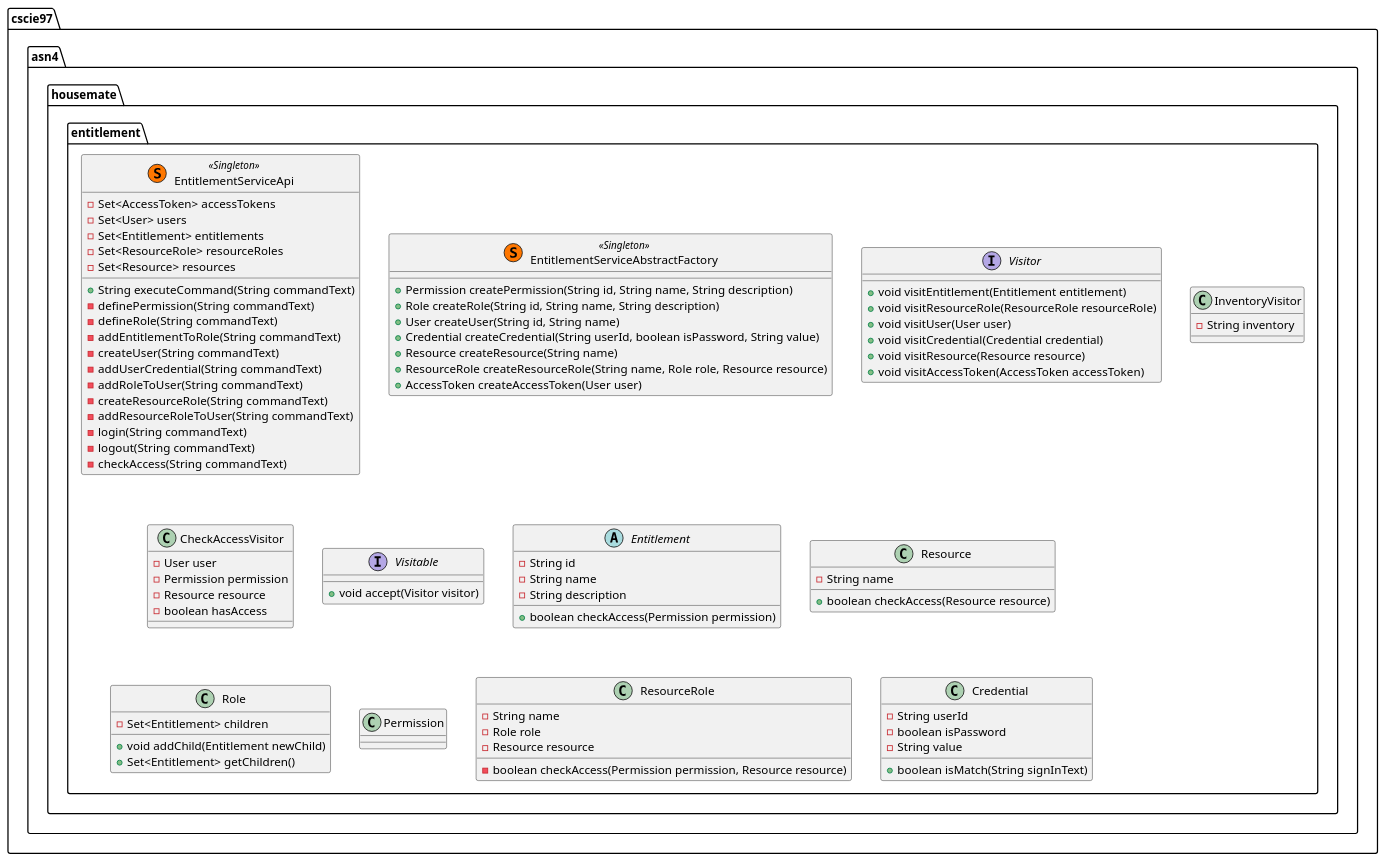
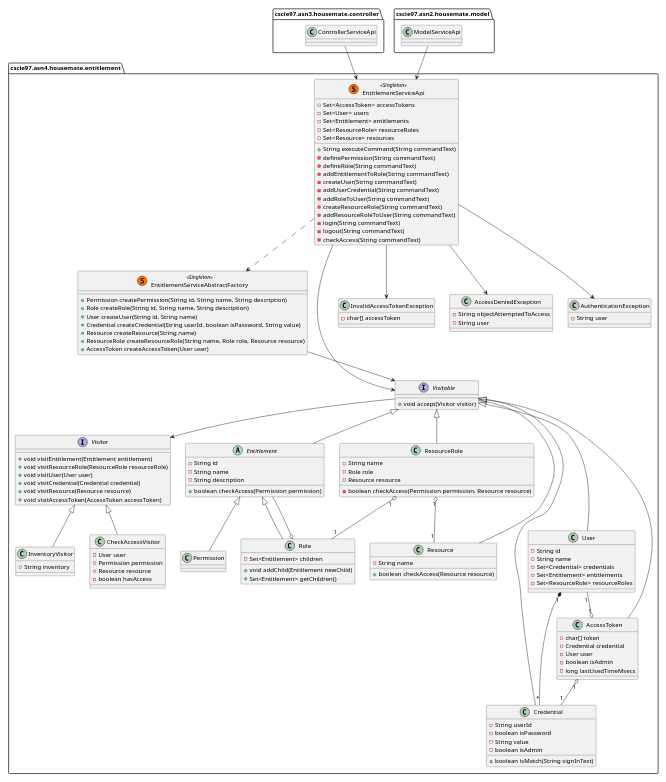
Before and after one commit to erikorlowski/cscie97: the second of 2 diagrams in cscie97/asn4/Design.md, drawn with PlantUML.

Commit message:
Created class diagram.

````diff
--- a/cscie97/asn4/Design.md
+++ b/cscie97/asn4/Design.md
@@ -329,5 +329,8 @@
 ```plantuml
 @startuml
+scale max 800 width
+set separator :
+
 package cscie97.asn4.housemate.entitlement {
     class EntitlementServiceApi << (S,#FF7700) Singleton >> {
         - Set<AccessToken> accessTokens
@@ -359,6 +362,8 @@
         + AccessToken createAccessToken(User user)
     }
 
+    EntitlementServiceApi ..> EntitlementServiceAbstractFactory
+
     interface Visitor {
         + void visitEntitlement(Entitlement entitlement)
         + void visitResourceRole(ResourceRole resourceRole)
@@ -378,6 +383,9 @@
         - Resource resource
         - boolean hasAccess
     }
+
+    Visitor <|-- InventoryVisitor
+    Visitor <|-- CheckAccessVisitor
 
     interface Visitable {
         + void accept(Visitor visitor)
@@ -417,7 +425,75 @@
         - boolean isPassword
         - String value
         + boolean isMatch(String signInText)
+        - boolean isAdmin
+    }
+
+    class User {
+        - String id
+        - String name
+        - Set<Credential> credentials
+        - Set<Entitlement> entitlements
+        - Set<ResourceRole> resourceRoles
+    }
+
+    class AccessToken {
+        - char[] token
+        - Credential credential
+        - User user
+        - boolean isAdmin
+        - long lastUsedTimeMsecs
+    }
+
+    Visitable <|-- Entitlement
+    Visitable <|-- Resource
+    Visitable <|-- ResourceRole
+    Visitable <|--- Credential
+    Visitable <|--- User
+    Visitable <|--- AccessToken
+    Entitlement <|-- Role
+    Entitlement <|-- Permission
+    Entitlement --o Role
+    ResourceRole "1" o-- "1" Role
+    ResourceRole "1" o-- "1" Resource
+    Visitable --> Visitor
+    EntitlementServiceAbstractFactory --> Visitable
+    EntitlementServiceApi --> Visitable
+    EntitlementServiceApi --> InvalidAccessTokenException
+    EntitlementServiceApi --> AccessDeniedException
+    EntitlementServiceApi --> AuthenticationException
+    User "1" *-- "*" Credential
+    User "1" --o "1" AccessToken
+    AccessToken "1" o-- "1" Credential
+
+
+    class InvalidAccessTokenException {
+        - char[] accessToken
+    }
+
+    class AccessDeniedException {
+        - String objectAttemptedToAccess
+        - String user
+    }
+
+    class AuthenticationException {
+        - String user
     }
 }
+
+package cscie97.asn3.housemate.controller {
+    class ControllerServiceApi {
+
+    }
+}
+
+package cscie97.asn2.housemate.model {
+    class ModelServiceApi {
+
+    }
+}
+
+ControllerServiceApi --> EntitlementServiceApi
+ModelServiceApi --> EntitlementServiceApi
+
 @enduml
 ```
````
